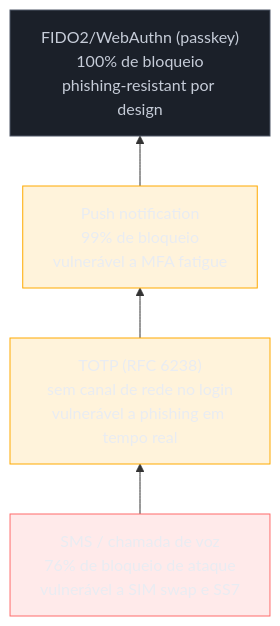
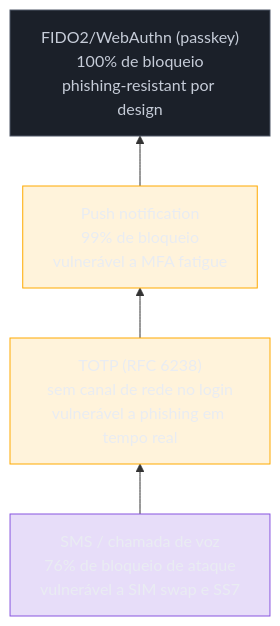
One commit to josenaldo/codex-technomanticus changed the fourth of 4 diagrams in 03-Dominios/Engenharia/Auth e Identidade/1 - Fundamentos de identidade/04 - Senhas e MFA — o legado que não morre.md. Above: the diagram before and after it, drawn with Mermaid. The commit also changed other lines of this file and 601 other files, not shown here.

````diff
--- a/03-Dominios/Engenharia/Auth e Identidade/1 - Fundamentos de identidade/04 - Senhas e MFA — o legado que não morre.md
+++ b/03-Dominios/Engenharia/Auth e Identidade/1 - Fundamentos de identidade/04 - Senhas e MFA — o legado que não morre.md
@@ -203,17 +204,17 @@
 ```mermaid
 graph BT
-    classDef falha fill:#FF6B6B24,stroke:#FF6B6B,color:#E9ECF2
+    classDef marca fill:#8855DF33,stroke:#8855DF,color:#E9ECF2
     classDef destaque fill:#FFAA0024,stroke:#FFAA00,color:#E9ECF2
     classDef neutro fill:#1B2029,stroke:#4E5666,color:#C6CCD8
     SMS["SMS / chamada de voz<br/>76% de bloqueio de ataque<br/>vulnerável a SIM swap e SS7"]
     TOTP["TOTP (RFC 6238)<br/>sem canal de rede no login<br/>vulnerável a phishing em tempo real"]
     PUSH["Push notification<br/>99% de bloqueio<br/>vulnerável a MFA fatigue"]
     FIDO["FIDO2/WebAuthn (passkey)<br/>100% de bloqueio<br/>phishing-resistant por design"]
 
     SMS --> TOTP --> PUSH --> FIDO
 
-    class SMS falha
+    class SMS marca
     class TOTP destaque
     class PUSH destaque
     class FIDO neutro
 ```
````
